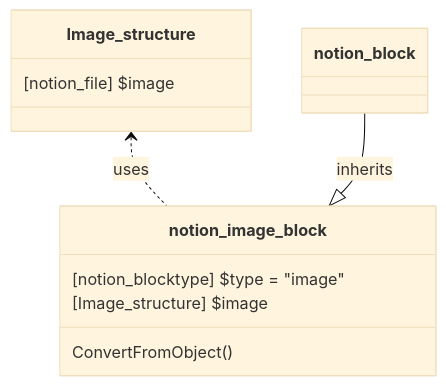
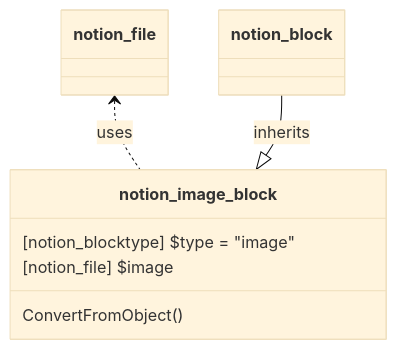
The diagram in source/WikiSource/Classes/Block/21_Image.md (fasteiner/Notion), drawn with Mermaid (base theme) before and after one commit. The commit also changed 80 other files, not shown here.

````diff
--- a/source/WikiSource/Classes/Block/21_Image.md
+++ b/source/WikiSource/Classes/Block/21_Image.md
@@ -5,14 +5,11 @@
 ```mermaid
 classDiagram
-    class Image_structure {
-        [notion_file] $image
-    }
-    
     class notion_image_block {
         [notion_blocktype] $type = "image"
-        [Image_structure] $image
+        [notion_file] $image
         ConvertFromObject()
     }
-    `Image_structure` <.. `notion_image_block`:uses
+
+    `notion_file` <.. `notion_image_block`:uses
     `notion_block` --|> `notion_image_block`:inherits
 ```
````
